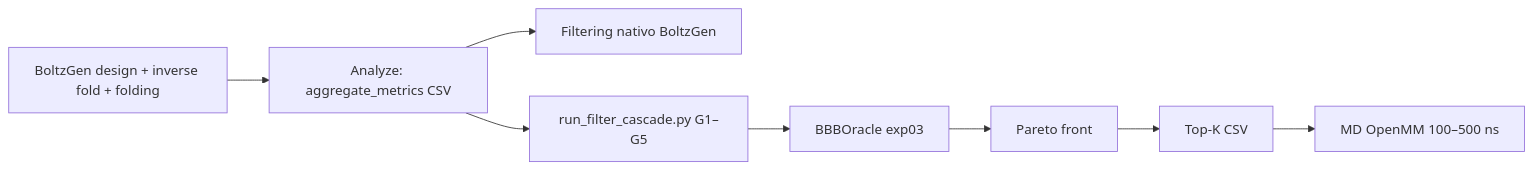
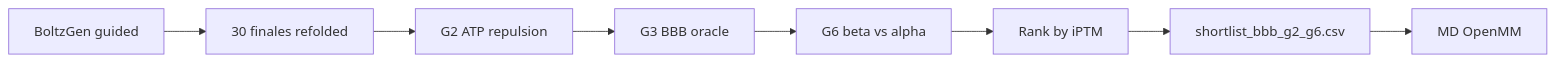
Before and after one commit to manumartinm/alzheimer-peptide-design: the diagram in docs/models/post-filtering-five-gates.md, drawn with Mermaid. The commit also changed other lines of this file and 19 other files, not shown here.

````diff
--- a/docs/models/post-filtering-five-gates.md
+++ b/docs/models/post-filtering-five-gates.md
@@ -13,10 +15,10 @@
 ```mermaid
 flowchart LR
-    GEN[BoltzGen design + inverse fold + folding] --> ANAL[Analyze: aggregate_metrics CSV]
-    ANAL --> BOLTZ_F[Filtering nativo BoltzGen]
-    ANAL --> CASCADE[run_filter_cascade.py G1–G5]
-    CASCADE --> BBB[BBBOracle exp03]
-    BBB --> PARETO[Pareto front]
-    PARETO --> TOPK[Top-K CSV]
-    TOPK --> MD[MD OpenMM 100–500 ns]
+    GEN[BoltzGen guided] --> FINAL[30 finales refolded]
+    FINAL --> G2[G2 ATP repulsion]
+    G2 --> G3[G3 BBB oracle]
+    G3 --> G6[G6 beta vs alpha]
+    G6 --> RANK[Rank by iPTM]
+    RANK --> CSV[shortlist_bbb_g2_g6.csv]
+    CSV --> MD[MD OpenMM]
 ```
````
